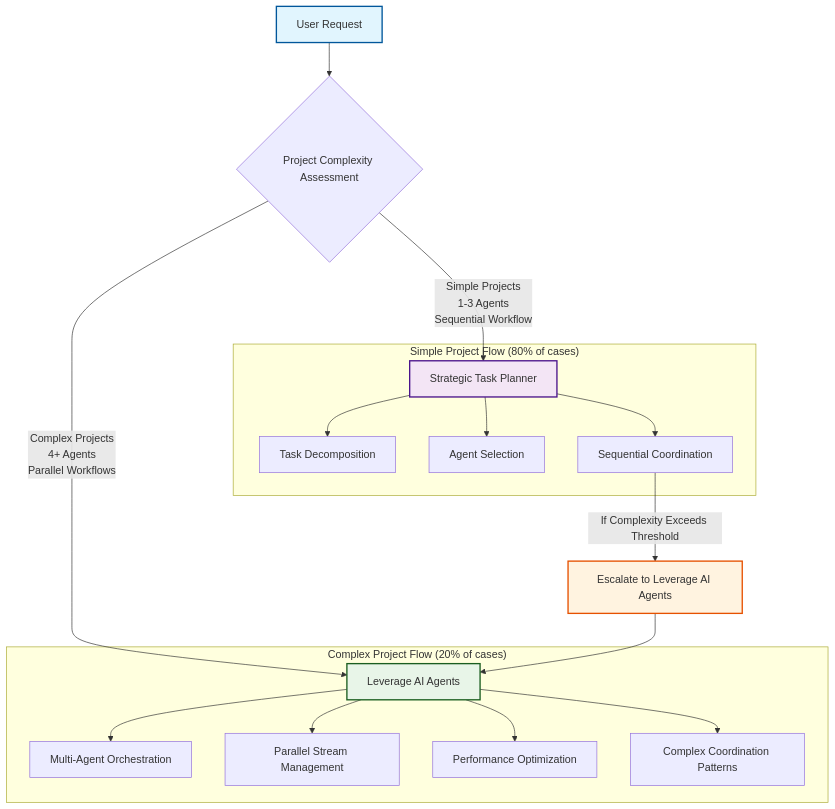
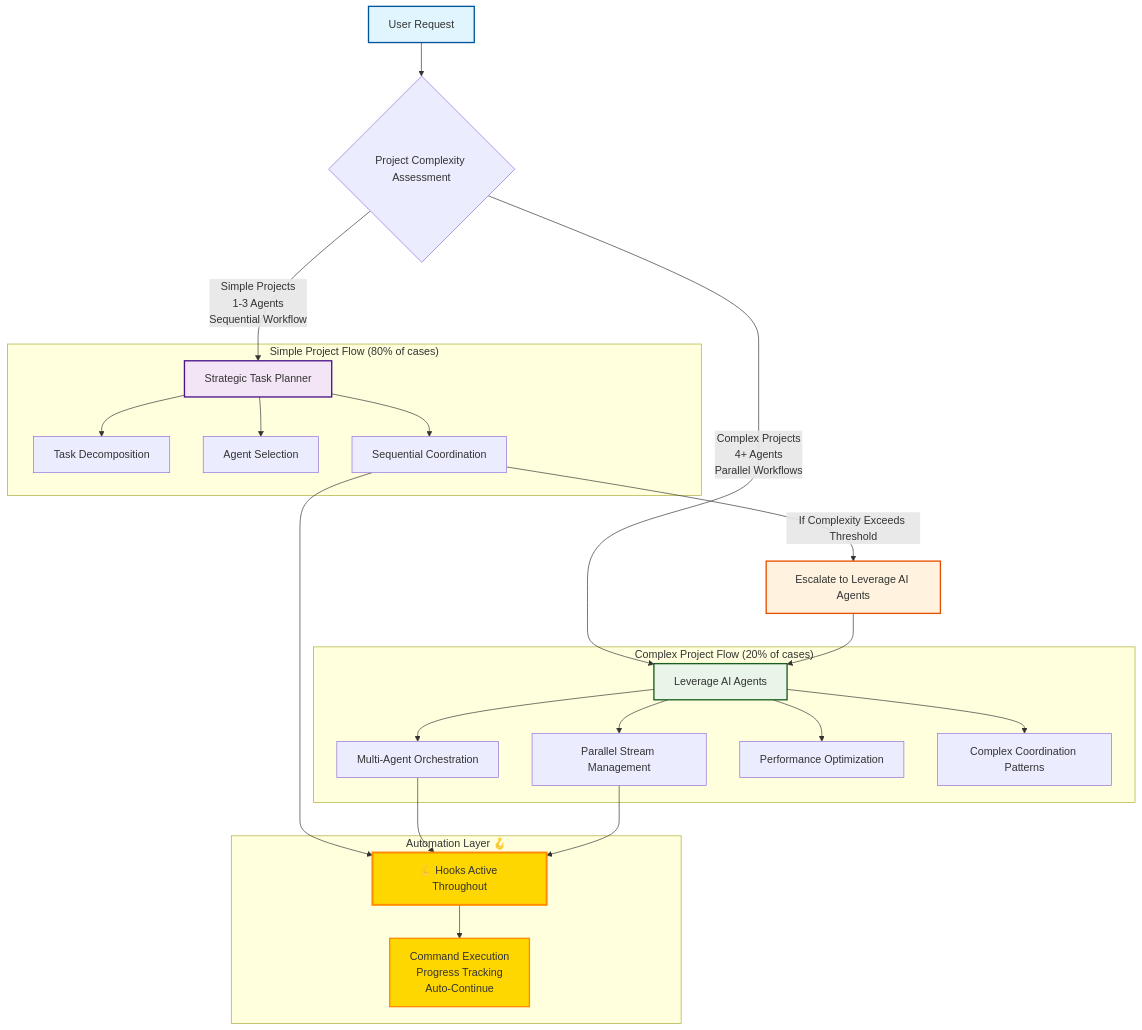
One commit to itsmeboris/ai-agent-ecosystem changed the first of 2 diagrams in README.md. Above: the diagram before and after it, drawn with Mermaid. The commit also changed other lines of this file, not shown here.

First line of the commit message:
docs: Add Cursor hooks documentation and workflow diagrams

````diff
--- a/README.md
+++ b/README.md
@@ -133,39 +135,51 @@
 ```mermaid
 graph TD
     A[User Request] --> B{Project Complexity Assessment}
 
     B -->|Simple Projects<br/>1-3 Agents<br/>Sequential Workflow| C[Strategic Task Planner]
     B -->|Complex Projects<br/>4+ Agents<br/>Parallel Workflows| D[Leverage AI Agents]
 
     C --> E[Task Decomposition]
     C --> F[Agent Selection]
     C --> G[Sequential Coordination]
 
     G -->|If Complexity Exceeds Threshold| H[Escalate to Leverage AI Agents]
     H --> D
 
     D --> I[Multi-Agent Orchestration]
     D --> J[Parallel Stream Management]
     D --> K[Performance Optimization]
     D --> L[Complex Coordination Patterns]
 
+    G --> M[🪝 Hooks Active Throughout]
+    I --> M
+    J --> M
+    M --> N[Command Execution<br/>Progress Tracking<br/>Auto-Continue]
+
     subgraph "Simple Project Flow (80% of cases)"
         C
         E
         F
         G
     end
 
     subgraph "Complex Project Flow (20% of cases)"
         D
         I
         J
         K
         L
     end
 
+    subgraph "Automation Layer 🪝"
+        M
+        N
+    end
+
     style A fill:#e1f5fe,stroke:#01579b,stroke-width:2px
     style C fill:#f3e5f5,stroke:#4a148c,stroke-width:2px
     style D fill:#e8f5e8,stroke:#1b5e20,stroke-width:2px
     style H fill:#fff3e0,stroke:#e65100,stroke-width:2px
+    style M fill:#ffd700,stroke:#ff8c00,stroke-width:3px
+    style N fill:#ffd700,stroke:#ff8c00,stroke-width:2px
 ```
````
